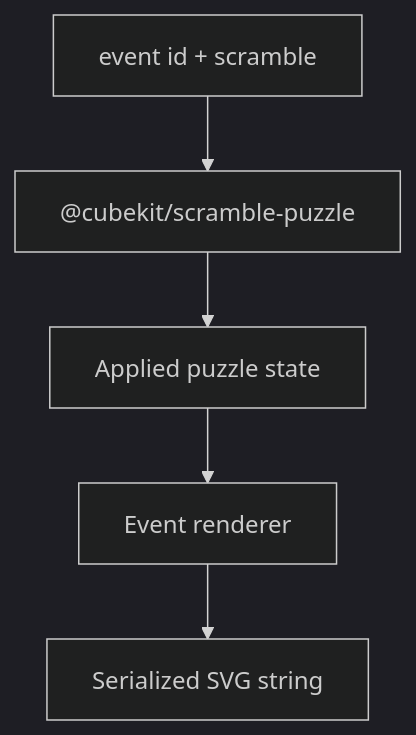
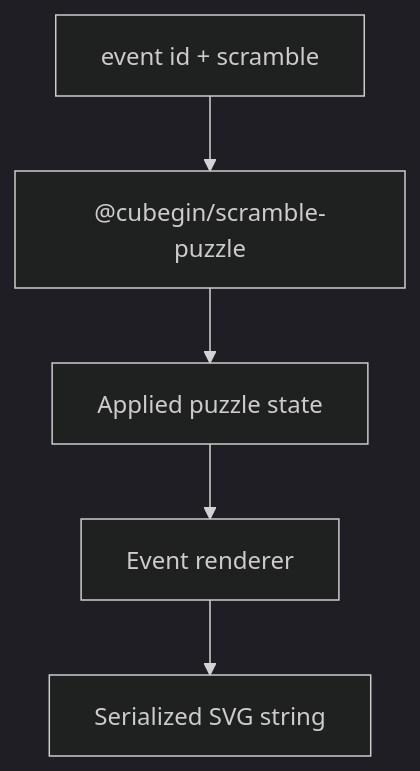
Before and after one commit to deweyou/cube-kit: the diagram in docs/packages/scramble-image/index.md, drawn with Mermaid (dark theme). The commit also changed other lines of this file and 164 other files, not shown here.

````diff
--- a/docs/packages/scramble-image/index.md
+++ b/docs/packages/scramble-image/index.md
@@ -3,7 +3,7 @@
 ```mermaid
 flowchart TD
-    Input["event id + scramble"] --> Puzzle["@cubekit/scramble-puzzle"]
+    Input["event id + scramble"] --> Puzzle["@cubegin/scramble-puzzle"]
     Puzzle --> State["Applied puzzle state"]
     State --> Renderer["Event renderer"]
     Renderer --> SVG["Serialized SVG string"]
 ```
````
